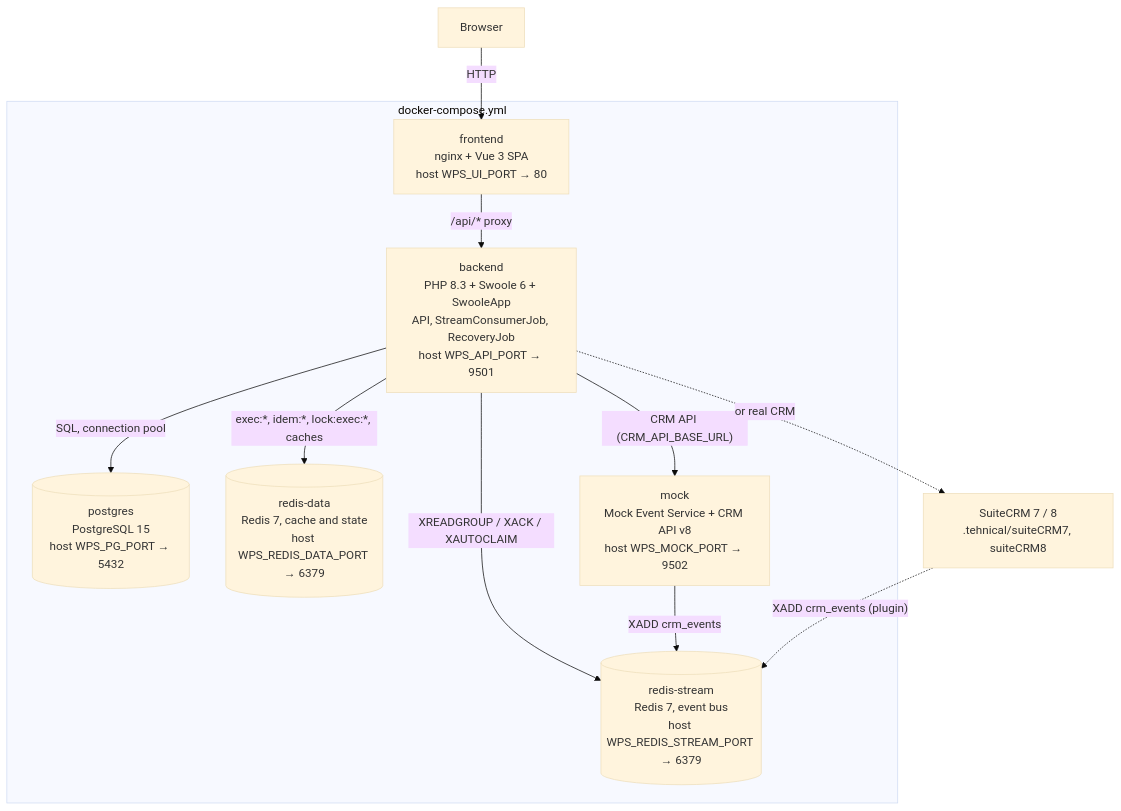
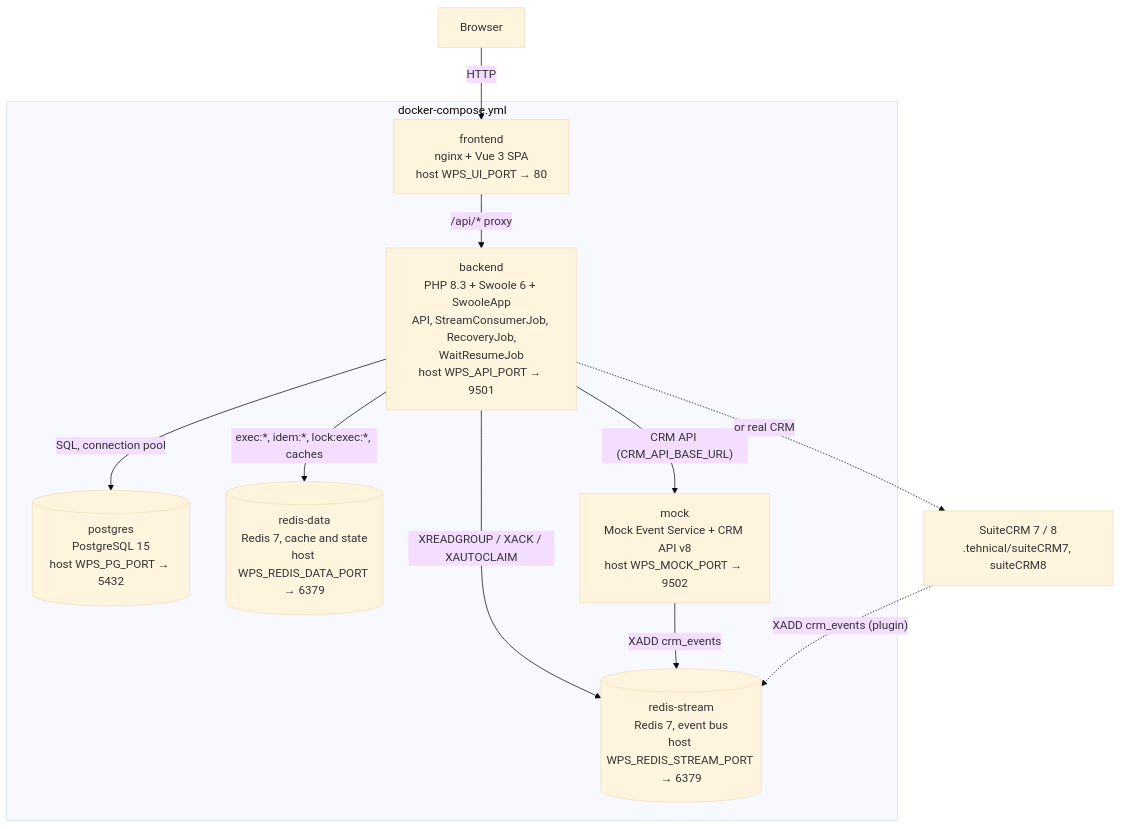
One commit to madarch-labs/Workflow-Processing-Service changed the second of 2 diagrams in doc/en/05-architecture/overview.md. Above: the diagram before and after it, drawn with Mermaid (base theme). The commit also changed other lines of this file and 470 other files, not shown here.

````diff
--- a/doc/en/05-architecture/overview.md
+++ b/doc/en/05-architecture/overview.md
@@ -31,23 +38,23 @@
 ```mermaid
 flowchart TB
     user["Browser"]
     subgraph compose["docker-compose.yml"]
         frontend["frontend<br/>nginx + Vue 3 SPA<br/>host WPS_UI_PORT → 80"]
-        backend["backend<br/>PHP 8.3 + Swoole 6 + SwooleApp<br/>API, StreamConsumerJob, RecoveryJob<br/>host WPS_API_PORT → 9501"]
+        backend["backend<br/>PHP 8.3 + Swoole 6 + SwooleApp<br/>API, StreamConsumerJob, RecoveryJob,<br/>WaitResumeJob<br/>host WPS_API_PORT → 9501"]
         postgres[("postgres<br/>PostgreSQL 15<br/>host WPS_PG_PORT → 5432")]
         rstream[("redis-stream<br/>Redis 7, event bus<br/>host WPS_REDIS_STREAM_PORT → 6379")]
         rdata[("redis-data<br/>Redis 7, cache and state<br/>host WPS_REDIS_DATA_PORT → 6379")]
         mock["mock<br/>Mock Event Service + CRM API v8<br/>host WPS_MOCK_PORT → 9502"]
     end
     crm["SuiteCRM 7 / 8<br/>.tehnical/suiteCRM7, suiteCRM8"]
 
     user -- "HTTP" --> frontend
     frontend -- "/api/* proxy" --> backend
     backend -- "SQL, connection pool" --> postgres
     backend -- "XREADGROUP / XACK / XAUTOCLAIM" --> rstream
     backend -- "exec:*, idem:*, lock:exec:*, caches" --> rdata
     backend -- "CRM API (CRM_API_BASE_URL)" --> mock
     backend -. "or real CRM" .-> crm
     mock -- "XADD crm_events" --> rstream
     crm -. "XADD crm_events (plugin)" .-> rstream
 ```
````
